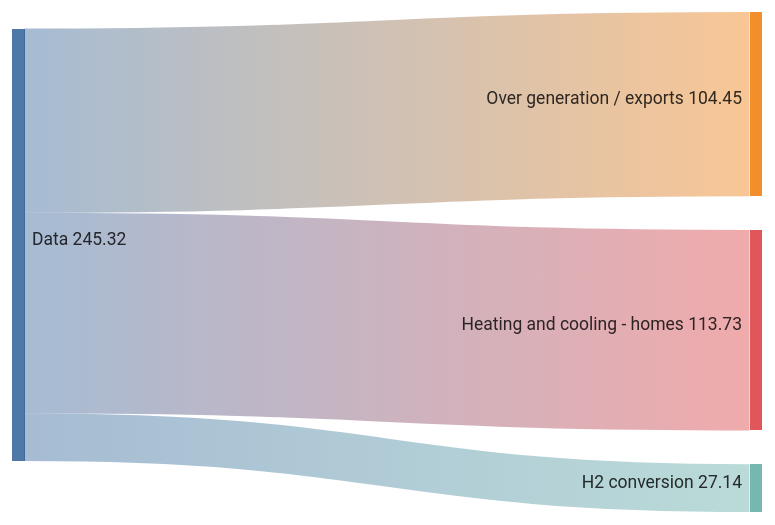
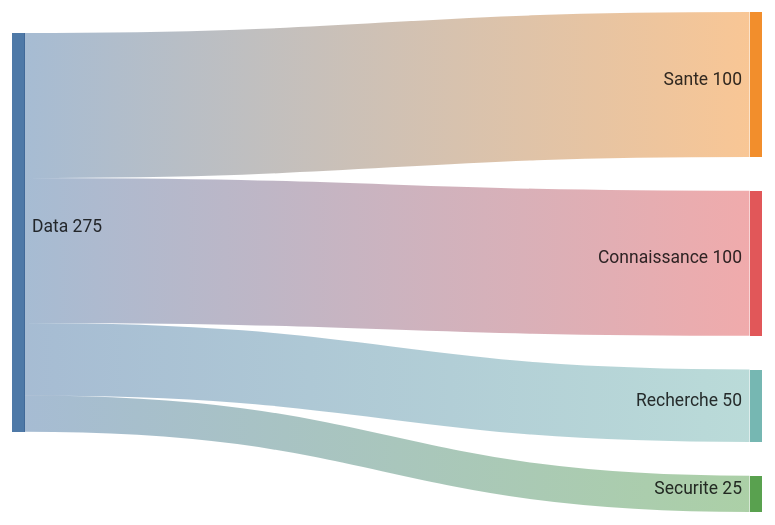
The second of 2 diagrams in slide.md (zRenard/RivieraDev2024), drawn with Mermaid before and after one commit. The commit also changed other lines of this file and 8 other files, not shown here.

```diff
--- a/slide.md
+++ b/slide.md
@@ -985,8 +1019,9 @@
 <div class="mermaid">
 sankey-beta
 
-%% source,target,value
-Data,Over generation / exports,104.453
-Data,Heating and cooling - homes,113.726
-Data,H2 conversion,27.14
+%% source,target, value
+Data,Sante,100
+Data,Connaissance,100
+Data,Recherche,50
+Data,Securite,25
 </div>
```
